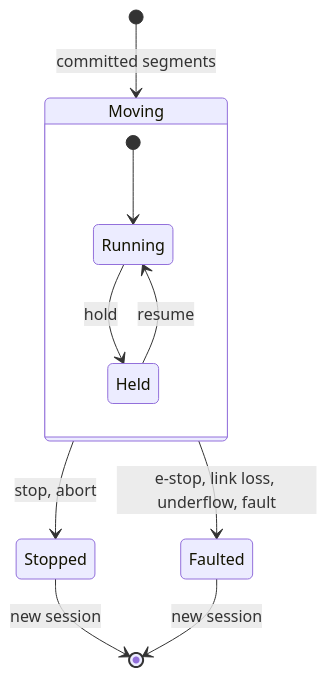
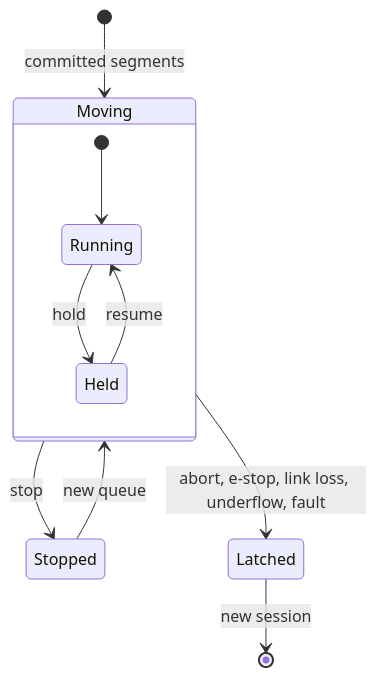
One commit to tritao/materia changed the second of 2 diagrams in docs/concepts/execution/controller-boundary.md. Above: the diagram before and after it, drawn with Mermaid. The commit also changed other lines of this file and 1 other file, not shown here.

````diff
--- a/docs/concepts/execution/controller-boundary.md
+++ b/docs/concepts/execution/controller-boundary.md
@@ -104,13 +104,13 @@
 ```mermaid
 stateDiagram-v2
   [*] --> Moving: committed segments
   state Moving {
     [*] --> Running
     Running --> Held: hold
     Held --> Running: resume
   }
-  Moving --> Stopped: stop, abort
-  Moving --> Faulted: e-stop, link loss, underflow, fault
-  Stopped --> [*]: new session
-  Faulted --> [*]: new session
+  Moving --> Stopped: stop
+  Stopped --> Moving: new queue
+  Moving --> Latched: abort, e-stop, link loss, underflow, fault
+  Latched --> [*]: new session
 ```
````
